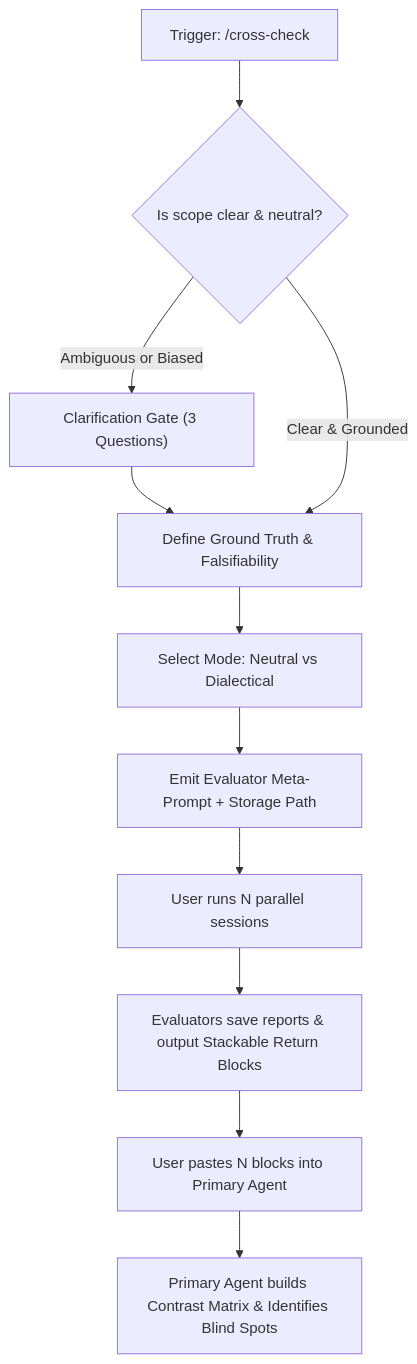
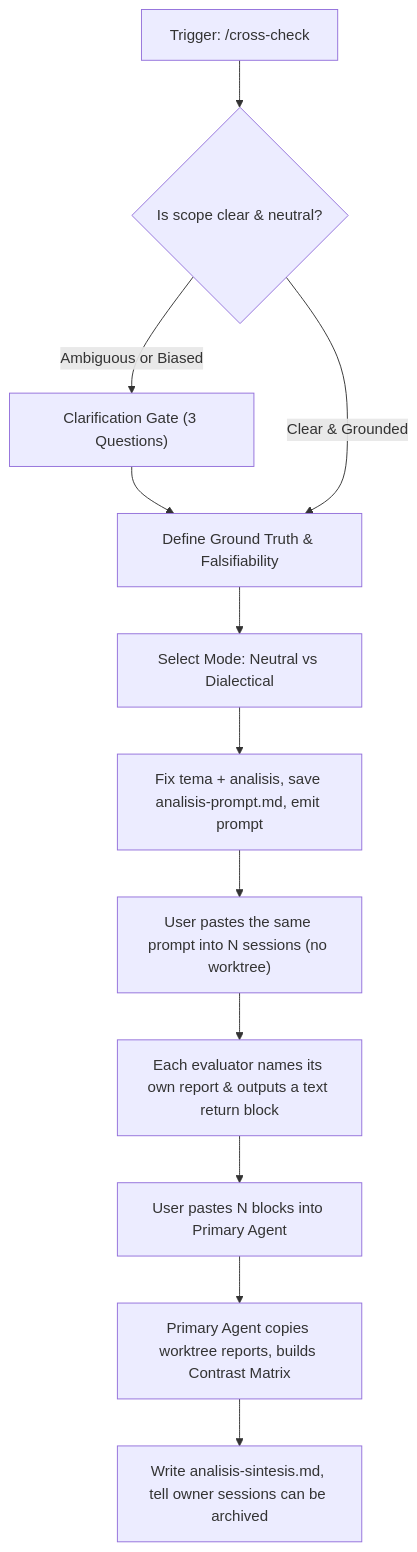
One commit to alvaroemur/secretary-core changed the diagram in skills/cross-check/SKILL.md. Above: the diagram before and after it, drawn with Mermaid. The commit also changed other lines of this file, not shown here.

First line of the commit message:
fix(skills): cross-check nombra cada informe por tema, análisis, harness y modelo

````diff
--- a/skills/cross-check/SKILL.md
+++ b/skills/cross-check/SKILL.md
@@ -27,13 +27,14 @@
 ```mermaid
 flowchart TD
     A["Trigger: /cross-check"] --> B{"Is scope clear & neutral?"}
     B -- "Ambiguous or Biased" --> C["Clarification Gate (3 Questions)"]
     C --> D["Define Ground Truth & Falsifiability"]
     B -- "Clear & Grounded" --> D
     D --> E["Select Mode: Neutral vs Dialectical"]
-    E --> F["Emit Evaluator Meta-Prompt + Storage Path"]
-    F --> G["User runs N parallel sessions"]
-    G --> H["Evaluators save reports & output Stackable Return Blocks"]
+    E --> F["Fix tema + analisis, save analisis-prompt.md, emit prompt"]
+    F --> G["User pastes the same prompt into N sessions (no worktree)"]
+    G --> H["Each evaluator names its own report & outputs a text return block"]
     H --> I["User pastes N blocks into Primary Agent"]
-    I --> J["Primary Agent builds Contrast Matrix & Identifies Blind Spots"]
+    I --> J["Primary Agent copies worktree reports, builds Contrast Matrix"]
+    J --> K["Write analisis-sintesis.md, tell owner sessions can be archived"]
 ```
````
